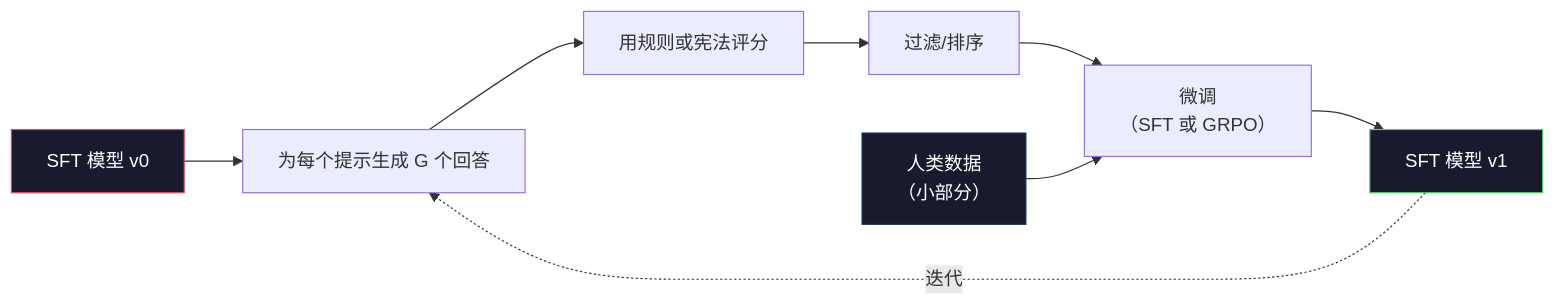
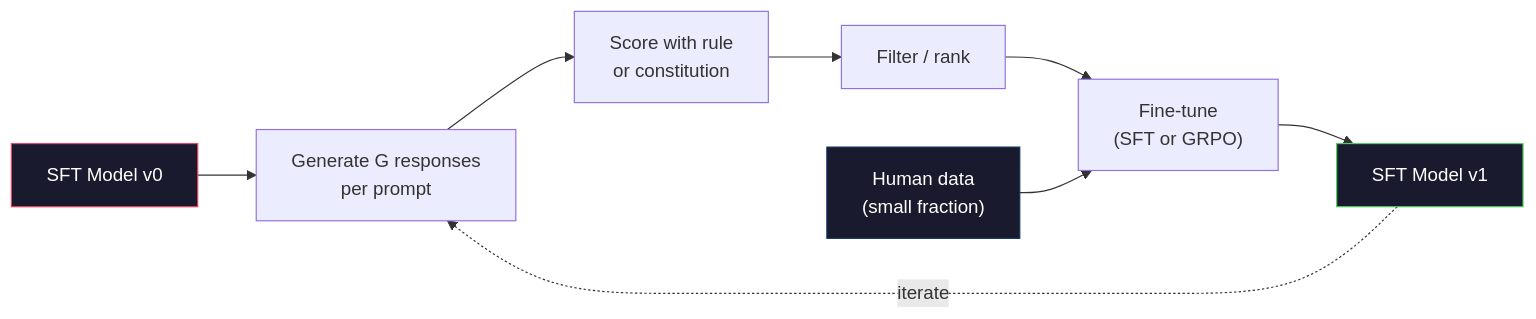
The second of 2 diagrams in i18n/zh/phases/10-llms-from-scratch/09-constitutional-ai-self-improvement/docs/zh.md (xiaojiaenen/ai-engineering-from-scratch-zh), drawn with Mermaid before and after one commit. The commit also changed other lines of this file and 24 other files, not shown here.

````diff
--- a/i18n/zh/phases/10-llms-from-scratch/09-constitutional-ai-self-improvement/docs/zh.md
+++ b/i18n/zh/phases/10-llms-from-scratch/09-constitutional-ai-self-improvement/docs/zh.md
@@ -139,15 +139,15 @@
 ```mermaid
 graph LR
-    M0["SFT 模型 v0"] --> G["为每个提示生成 G 个回答"]
-    G --> S["用规则或宪法评分"]
-    S --> F["过滤/排序"]
-    F --> T["微调\n（SFT 或 GRPO）"]
-    T --> M1["SFT 模型 v1"]
-    M1 -.->|迭代| G
+    M0["SFT Model v0"] --> G["Generate G responses\nper prompt"]
+    G --> S["Score with rule\nor constitution"]
+    S --> F["Filter / rank"]
+    F --> T["Fine-tune\n(SFT or GRPO)"]
+    T --> M1["SFT Model v1"]
+    M1 -.->|iterate| G
 
-    H["人类数据\n（小部分）"] --> T
+    H["Human data\n(small fraction)"] --> T
 
     style M0 fill:#1a1a2e,stroke:#e94560,color:#fff
     style M1 fill:#1a1a2e,stroke:#51cf66,color:#fff
     style H fill:#1a1a2e,stroke:#0f3460,color:#fff
 ```
````
